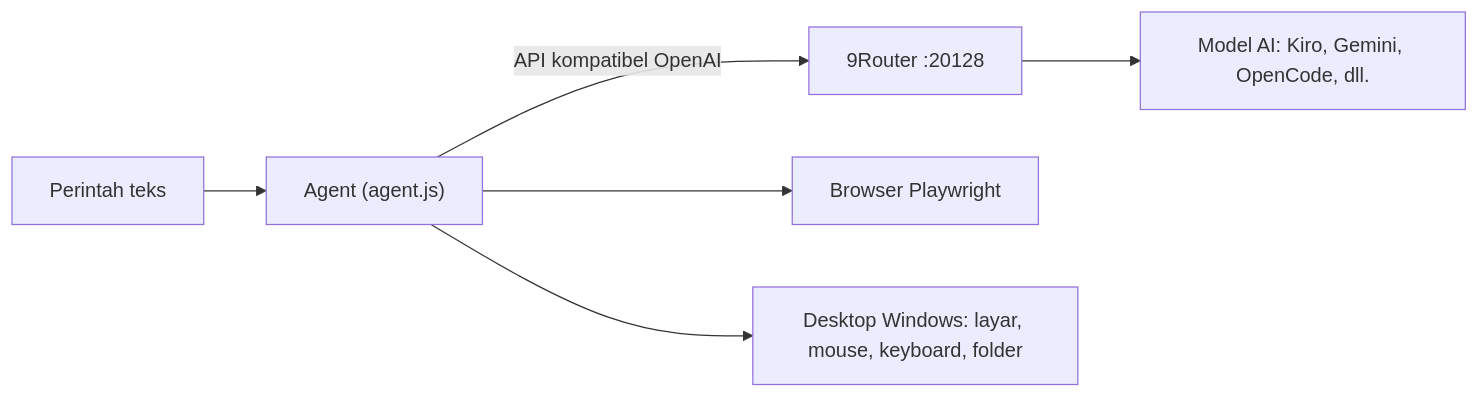
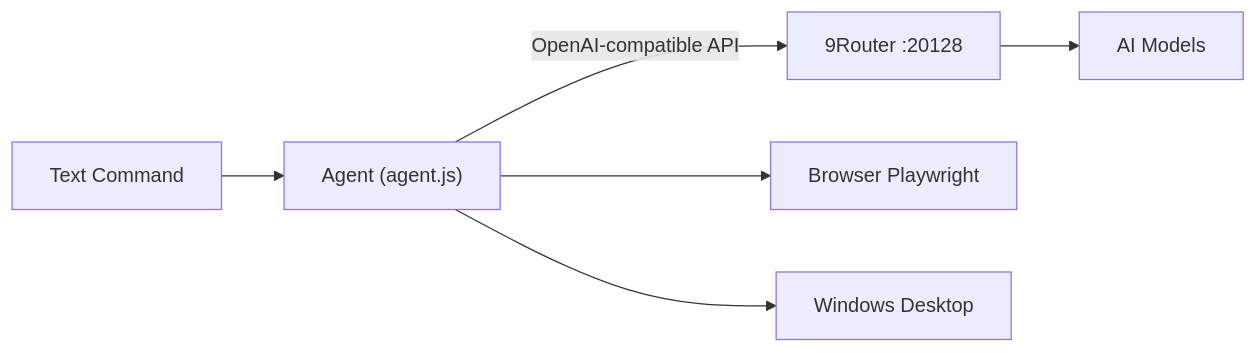
The diagram in README.md (unkownBrown/AgentAutomation), drawn with Mermaid before and after one commit. The commit also changed other lines of this file, not shown here.

````diff
--- a/README.md
+++ b/README.md
@@ -38,8 +45,8 @@
 ```mermaid
 flowchart LR
-    U["Perintah teks"] --> A["Agent (agent.js)"]
-    A -->|"API kompatibel OpenAI"| R["9Router :20128"]
-    R --> M["Model AI: Kiro, Gemini, OpenCode, dll."]
+    U["Text Command"] --> A["Agent (agent.js)"]
+    A -->|"OpenAI-compatible API"| R["9Router :20128"]
+    R --> M["AI Models"]
     A --> B["Browser Playwright"]
-    A --> D["Desktop Windows: layar, mouse, keyboard, folder"]
+    A --> D["Windows Desktop"]
 ```
````
